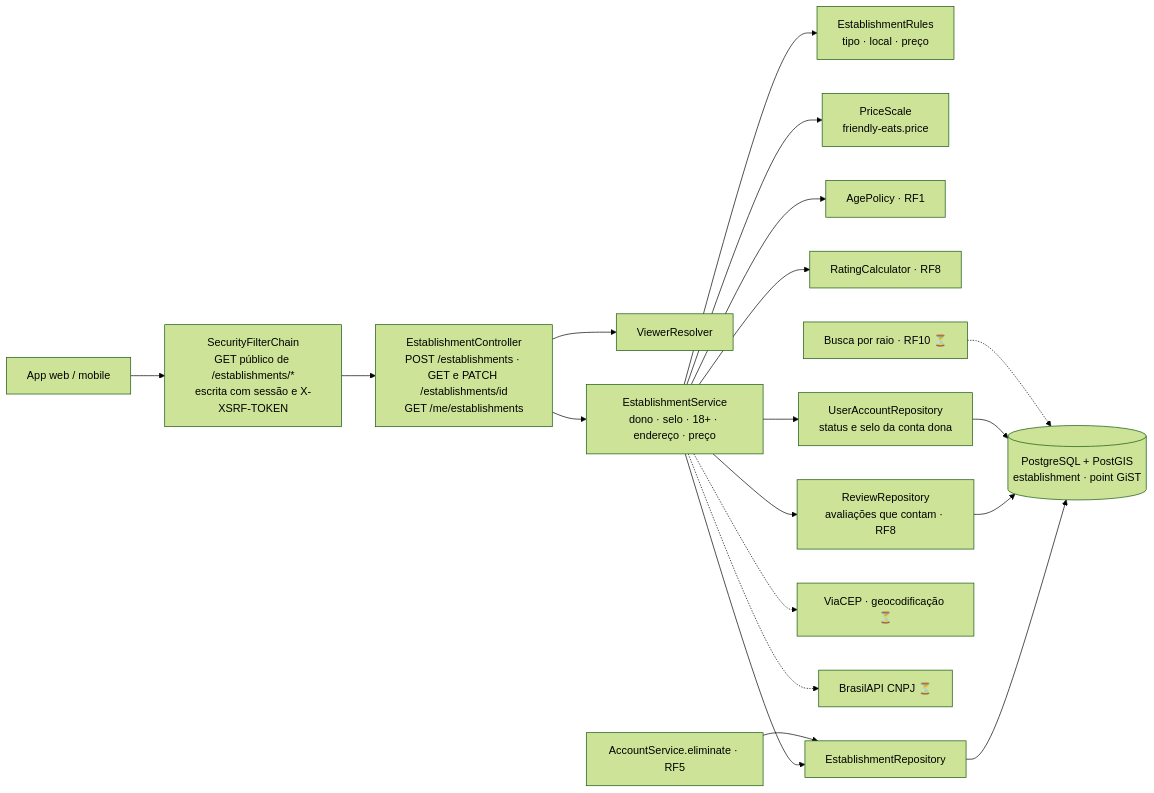
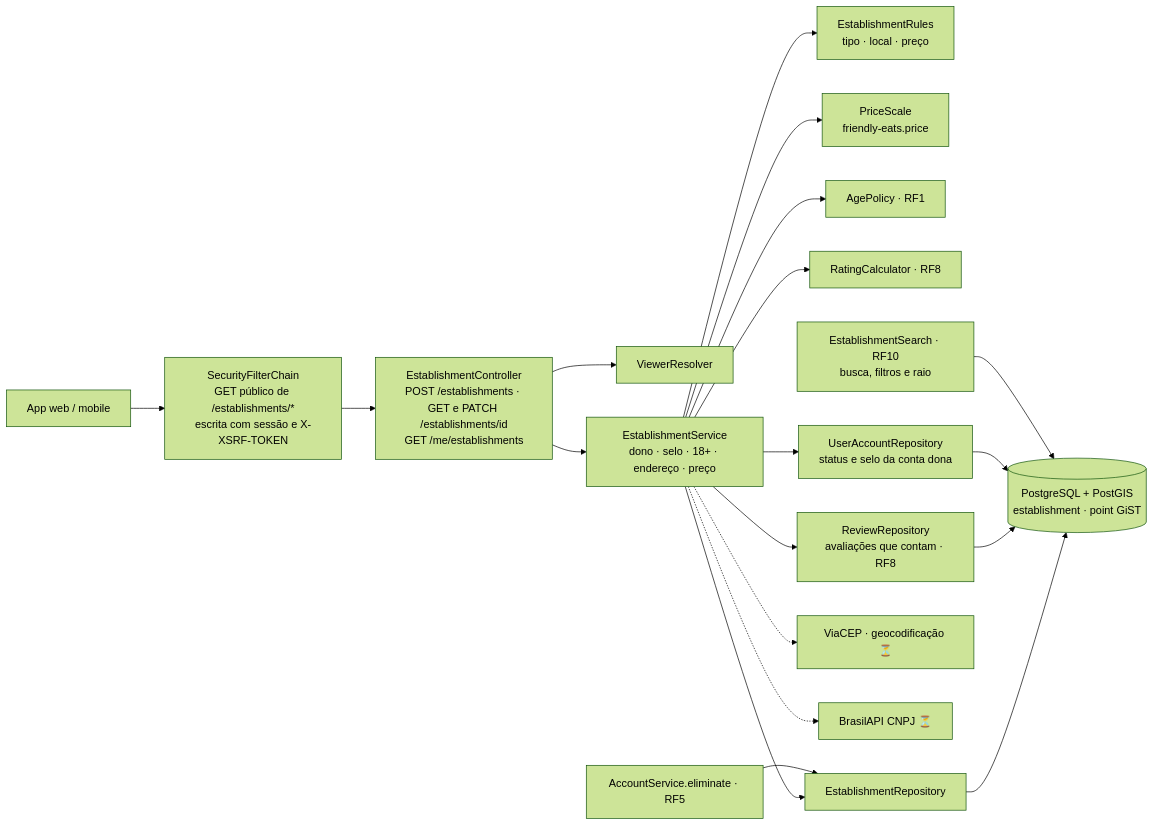
Before and after one commit to MatheusHaliski/Friendly-Eats: the diagram in docs/RF6/componentes.md, drawn with Mermaid (forest theme). The commit also changed 21 other files, not shown here.

````diff
--- a/docs/RF6/componentes.md
+++ b/docs/RF6/componentes.md
@@ -3,19 +3,19 @@
 ```mermaid
 flowchart LR
     APP["App web / mobile"] --> SEC["SecurityFilterChain<br/>GET público de /establishments/*<br/>escrita com sessão e X-XSRF-TOKEN"]
     SEC --> EC["EstablishmentController<br/>POST /establishments · GET e PATCH /establishments/id<br/>GET /me/establishments"]
     EC --> VR["ViewerResolver"]
     EC --> ES["EstablishmentService<br/>dono · selo · 18+ · endereço · preço"]
     ES --> RU["EstablishmentRules<br/>tipo · local · preço"]
     ES --> PS["PriceScale<br/>friendly-eats.price"]
     ES --> AP["AgePolicy · RF1"]
     ES --> RC["RatingCalculator · RF8"]
     ES --> ER["EstablishmentRepository"]
     ES --> RR["ReviewRepository<br/>avaliações que contam · RF8"]
     ES --> UR["UserAccountRepository<br/>status e selo da conta dona"]
     ER & RR & UR --> PG[("PostgreSQL + PostGIS<br/>establishment · point GiST")]
     AS["AccountService.eliminate · RF5"] --> ER
     ES -.-> GEO["ViaCEP · geocodificação ⏳"]
     ES -.-> BR["BrasilAPI CNPJ ⏳"]
-    SR["Busca por raio · RF10 ⏳"] -.-> PG
+    SR["EstablishmentSearch · RF10<br/>busca, filtros e raio"] --> PG
 ```
````
